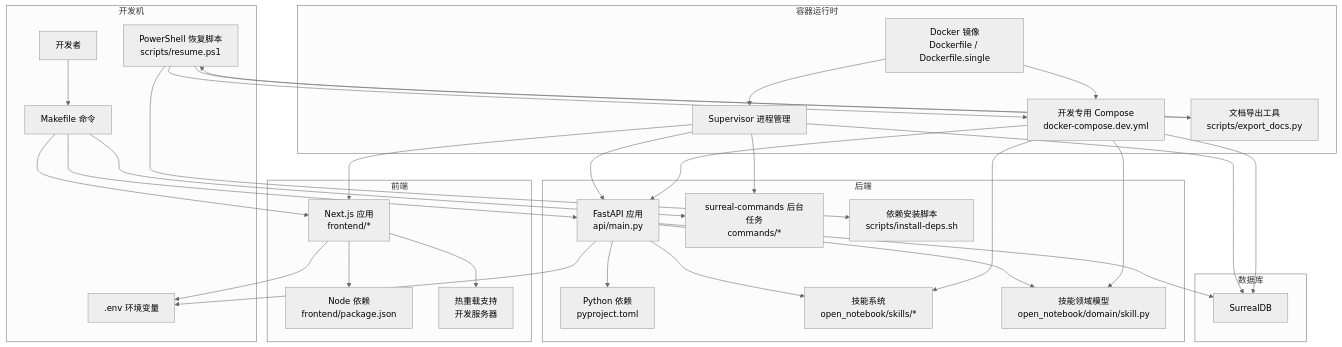
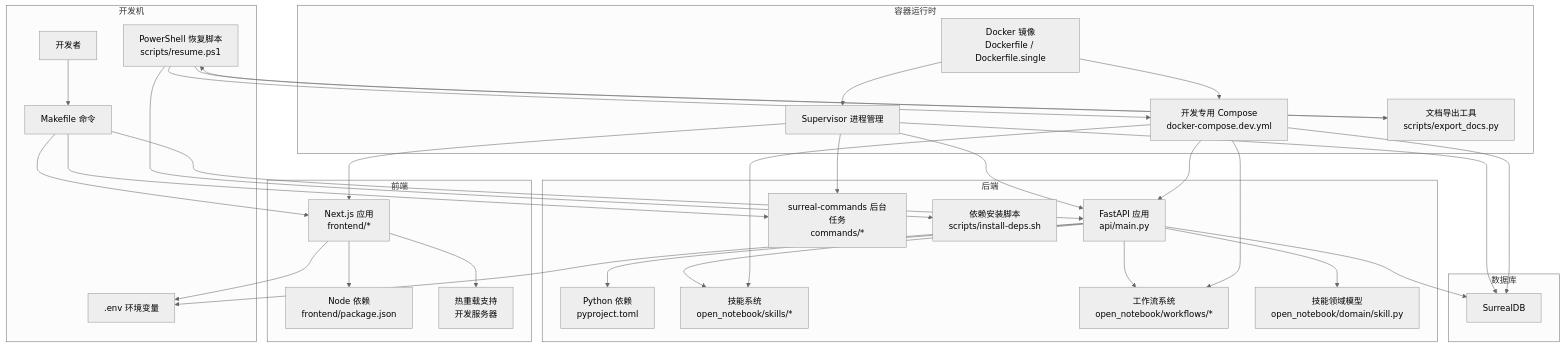
One commit to jackeyunjie/open-notebook changed the first of 3 diagrams in .qoder/repowiki/zh/content/开发者指南/开发环境搭建.md. Above: the diagram before and after it, drawn with Mermaid (neutral theme). The commit also changed other lines of this file and 89 other files, not shown here.

````diff
--- a/.qoder/repowiki/zh/content/开发者指南/开发环境搭建.md
+++ b/.qoder/repowiki/zh/content/开发者指南/开发环境搭建.md
@@ -68,57 +76,59 @@
 ```mermaid
 graph TB
 subgraph "开发机"
 Dev["开发者"]
 Make["Makefile 命令"]
 Env[".env 环境变量"]
 PS["PowerShell 恢复脚本<br/>scripts/resume.ps1"]
 end
 subgraph "后端"
 API["FastAPI 应用<br/>api/main.py"]
 Worker["surreal-commands 后台任务<br/>commands/*"]
 PyPkg["Python 依赖<br/>pyproject.toml"]
 SkillSystem["技能系统<br/>open_notebook/skills/*"]
+WorkflowSystem["工作流系统<br/>open_notebook/workflows/*"]
 SkillDomain["技能领域模型<br/>open_notebook/domain/skill.py"]
 InstallDeps["依赖安装脚本<br/>scripts/install-deps.sh"]
 end
 subgraph "前端"
 Next["Next.js 应用<br/>frontend/*"]
 Pkg["Node 依赖<br/>frontend/package.json"]
 HotReload["热重载支持<br/>开发服务器"]
 end
 subgraph "数据库"
 DB["SurrealDB"]
 end
 subgraph "容器运行时"
 Sup["Supervisor 进程管理"]
 Img["Docker 镜像<br/>Dockerfile / Dockerfile.single"]
 DevCompose["开发专用 Compose<br/>docker-compose.dev.yml"]
 DocExport["文档导出工具<br/>scripts/export_docs.py"]
 end
 Dev --> Make
 Make --> API
 Make --> Worker
 Make --> Next
 PS --> DevCompose
 PS --> InstallDeps
 PS --> DocExport
 API --> DB
 API --> PyPkg
 API --> SkillSystem
+API --> WorkflowSystem
 API --> SkillDomain
 Next --> Pkg
 Next --> HotReload
 API --> Env
 Next --> Env
 Img --> Sup
 Img --> DevCompose
 Sup --> API
 Sup --> Worker
 Sup --> Next
 Sup --> DB
 DevCompose --> API
 DevCompose --> DB
 DevCompose --> SkillSystem
-DevCompose --> SkillDomain
+DevCompose --> WorkflowSystem
 DocExport --> PS
 ```
````
